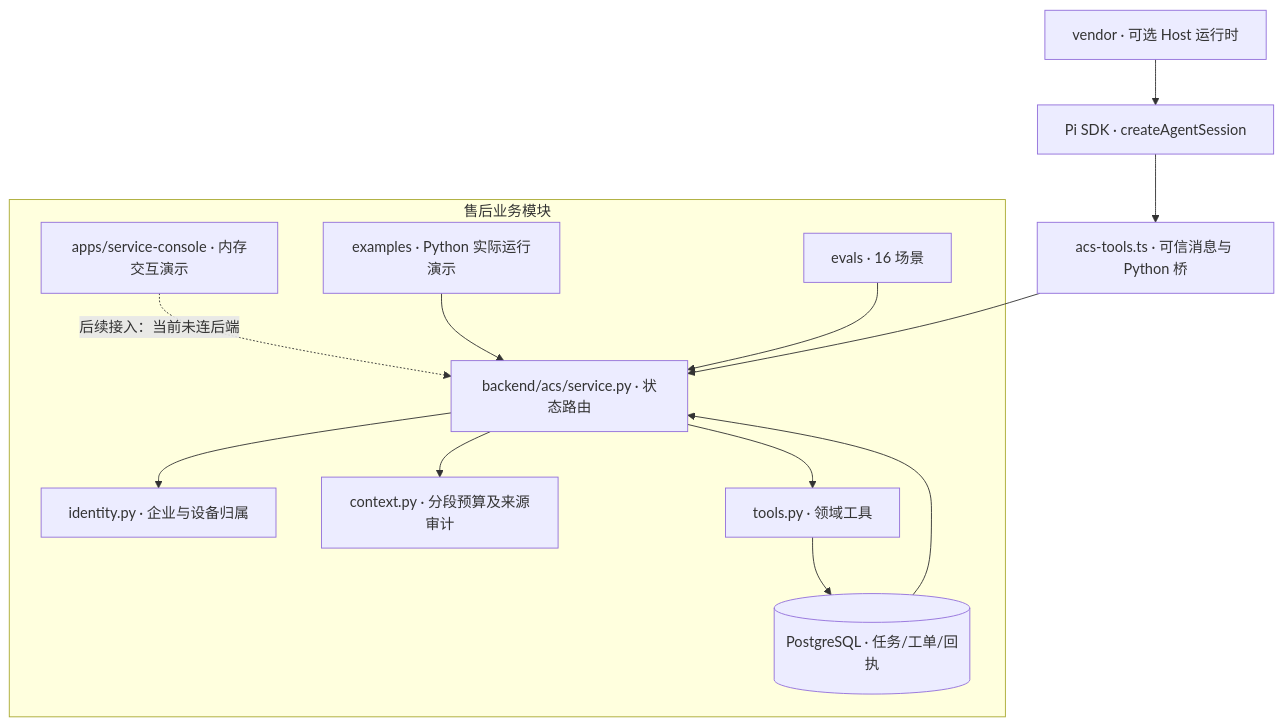
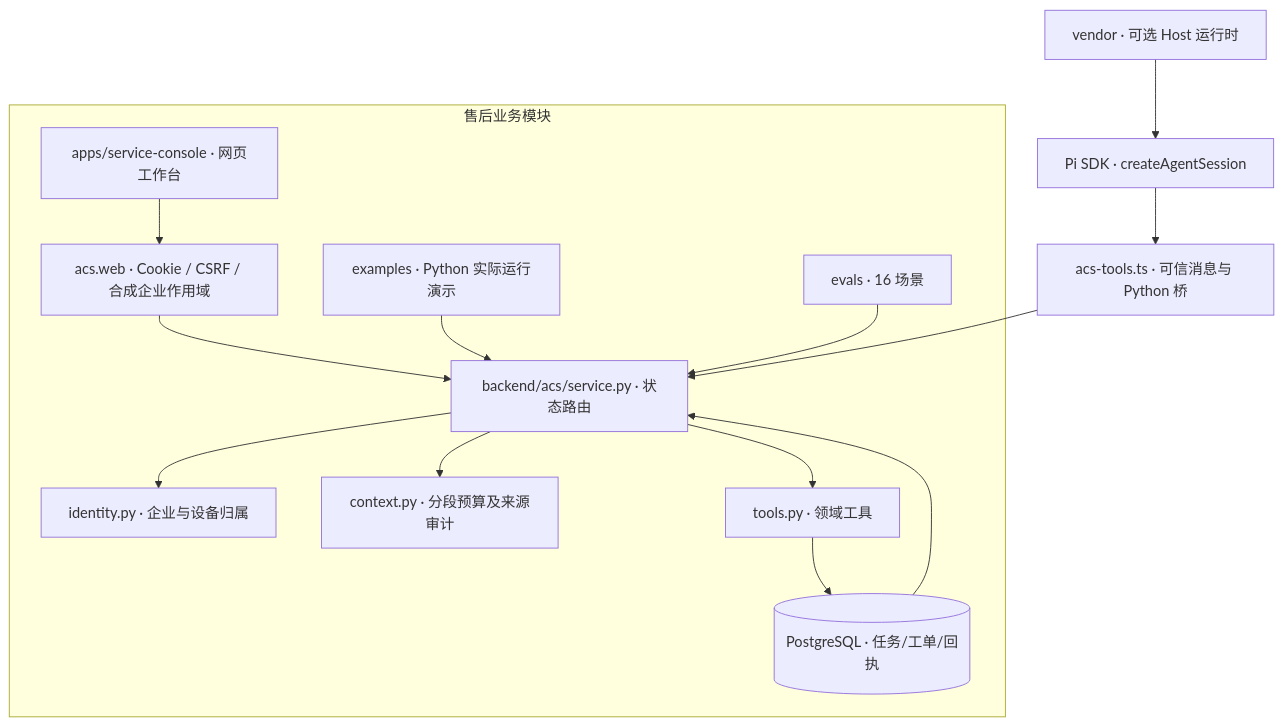
The diagram in docs/architecture.md (siye566/fengyun-service-agent), drawn with Mermaid before and after one commit. The commit also changed other lines of this file and 21 other files, not shown here.

Commit message:
feat: deploy real service web workflow with isolated PostgreSQL guest sessions

````diff
--- a/docs/architecture.md
+++ b/docs/architecture.md
@@ -21,24 +22,25 @@
 ```mermaid
 flowchart TB
     subgraph Product[售后业务模块]
-      UI[apps/service-console · 内存交互演示]
+      UI[apps/service-console · 网页工作台]
+      API[acs.web · Cookie / CSRF / 合成企业作用域]
       EX[examples · Python 实际运行演示]
       WF[backend/acs/service.py · 状态路由]
       ID[identity.py · 企业与设备归属]
       CT[context.py · 分段预算及来源审计]
       TL[tools.py · 领域工具]
       DB[(PostgreSQL · 任务/工单/回执)]
       EV[evals · 16 场景]
     end
     EX --> WF
     EV --> WF
     WF --> ID
     WF --> CT
     WF --> TL
     TL --> DB
     DB --> WF
     RT[vendor · 可选 Host 运行时] --> PI[Pi SDK · createAgentSession]
     PI --> BR[acs-tools.ts · 可信消息与 Python 桥]
     BR --> WF
-    UI -. 后续接入：当前未连后端 .-> WF
+    UI --> API --> WF
 ```
````
